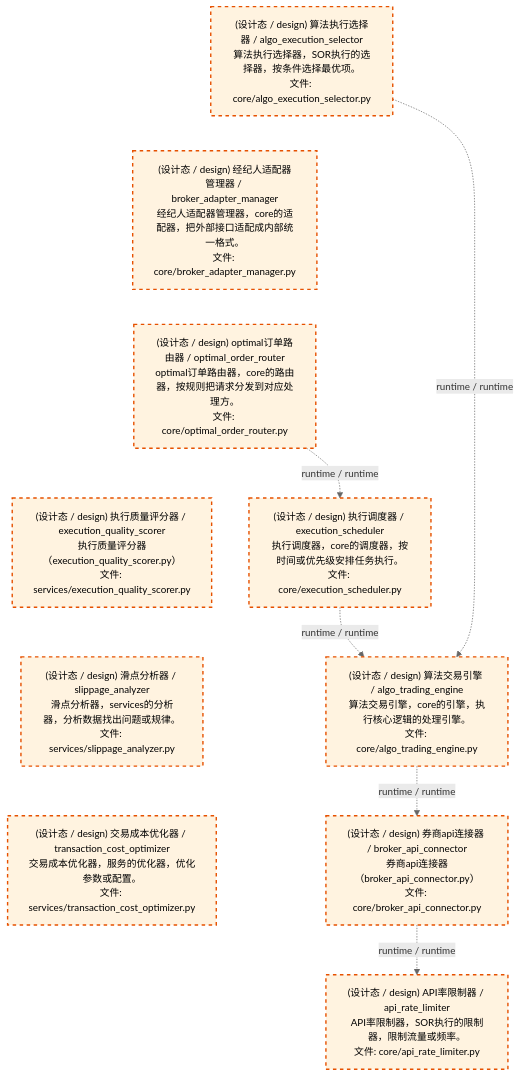
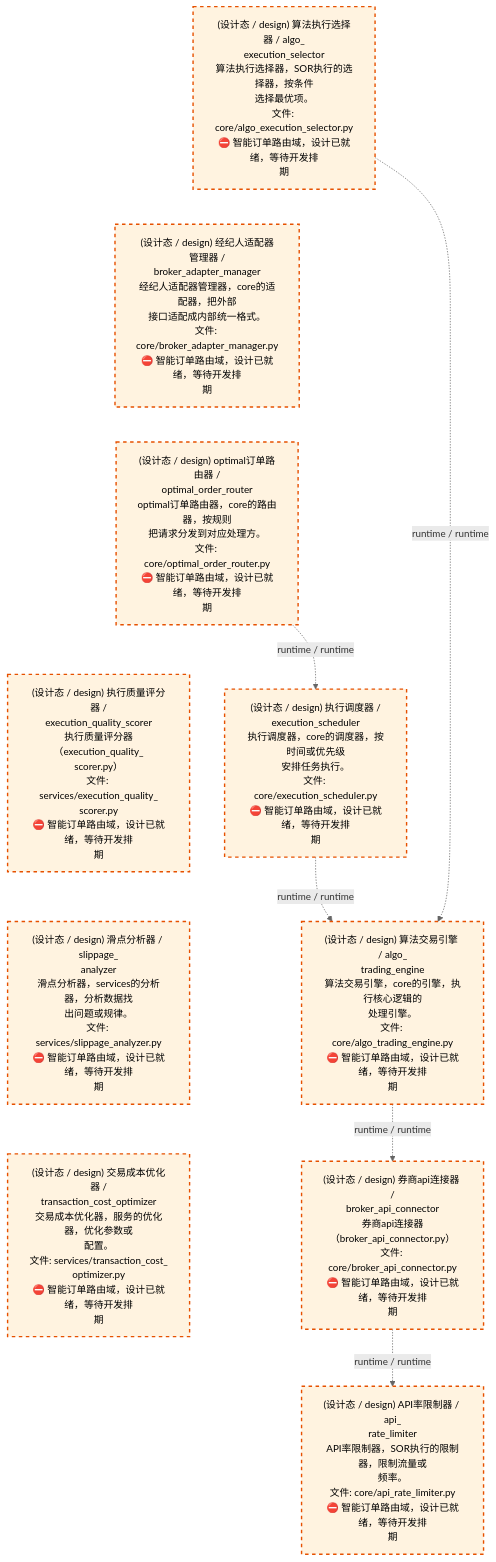
One commit to xuanFelixVan/ZephyrAlpha changed the third of 4 diagrams in docs/02_enterprise_architecture/02_domain_architecture_docs/45_d_ex_sor.md. Above: the diagram before and after it, drawn with Mermaid. The commit also changed other lines of this file and 59 other files, not shown here.

````diff
--- a/docs/02_enterprise_architecture/02_domain_architecture_docs/45_d_ex_sor.md
+++ b/docs/02_enterprise_architecture/02_domain_architecture_docs/45_d_ex_sor.md
@@ -138,29 +138,29 @@
 ```mermaid
 %%{init: {'theme': 'base', 'themeVariables': {'primaryColor': '#eaeaea', 'primaryTextColor': '#333333', 'primaryBorderColor': '#666666', 'lineColor': '#666666', 'secondaryColor': '#eaeaea', 'tertiaryColor': '#eaeaea', 'fontSize': '14px'}}}%%
 flowchart TD
-    src_zephyr_ex_sor_core_algo_execution_selector_py["(设计态 / design) 算法执行选择器 / algo_execution_selector<br/>算法执行选择器，SOR执行的选择器，按条件选择最优项。<br/>文件: core/algo_execution_selector.py"]
-    src_zephyr_ex_sor_core_broker_adapter_manager_py["(设计态 / design) 经纪人适配器管理器 / broker_adapter_manager<br/>经纪人适配器管理器，core的适配器，把外部接口适配成内部统一格式。<br/>文件: core/broker_adapter_manager.py"]
-    src_zephyr_ex_sor_core_optimal_order_router_py["(设计态 / design) optimal订单路由器 / optimal_order_router<br/>optimal订单路由器，core的路由器，按规则把请求分发到对应处理方。<br/>文件: core/optimal_order_router.py"]
-    src_zephyr_ex_sor_services_execution_quality_scorer_py["(设计态 / design) 执行质量评分器 / execution_quality_scorer<br/>执行质量评分器（execution_quality_scorer.py）<br/>文件: services/execution_quality_scorer.py"]
-    src_zephyr_ex_sor_services_slippage_analyzer_py["(设计态 / design) 滑点分析器 / slippage_analyzer<br/>滑点分析器，services的分析器，分析数据找出问题或规律。<br/>文件: services/slippage_analyzer.py"]
-    src_zephyr_ex_sor_services_transaction_cost_optimizer_py["(设计态 / design) 交易成本优化器 / transaction_cost_optimizer<br/>交易成本优化器，服务的优化器，优化参数或配置。<br/>文件: services/transaction_cost_optimizer.py"]
+    src_zephyr_ex_sor_core_algo_execution_selector_py["(设计态 / design) 算法执行选择器 / algo_<br/>execution_selector<br/>算法执行选择器，SOR执行的选择器，按条件<br/>选择最优项。<br/>文件: core/algo_execution_selector.py<br/>⛔ 智能订单路由域，设计已就绪，等待开发排<br/>期"]
+    src_zephyr_ex_sor_core_broker_adapter_manager_py["(设计态 / design) 经纪人适配器管理器 /<br/>broker_adapter_manager<br/>经纪人适配器管理器，core的适配器，把外部<br/>接口适配成内部统一格式。<br/>文件: core/broker_adapter_manager.py<br/>⛔ 智能订单路由域，设计已就绪，等待开发排<br/>期"]
+    src_zephyr_ex_sor_core_optimal_order_router_py["(设计态 / design) optimal订单路由器 /<br/>optimal_order_router<br/>optimal订单路由器，core的路由器，按规则<br/>把请求分发到对应处理方。<br/>文件: core/optimal_order_router.py<br/>⛔ 智能订单路由域，设计已就绪，等待开发排<br/>期"]
+    src_zephyr_ex_sor_services_execution_quality_scorer_py["(设计态 / design) 执行质量评分器 /<br/>execution_quality_scorer<br/>执行质量评分器（execution_quality_<br/>scorer.py）<br/>文件: services/execution_quality_<br/>scorer.py<br/>⛔ 智能订单路由域，设计已就绪，等待开发排<br/>期"]
+    src_zephyr_ex_sor_services_slippage_analyzer_py["(设计态 / design) 滑点分析器 / slippage_<br/>analyzer<br/>滑点分析器，services的分析器，分析数据找<br/>出问题或规律。<br/>文件: services/slippage_analyzer.py<br/>⛔ 智能订单路由域，设计已就绪，等待开发排<br/>期"]
+    src_zephyr_ex_sor_services_transaction_cost_optimizer_py["(设计态 / design) 交易成本优化器 /<br/>transaction_cost_optimizer<br/>交易成本优化器，服务的优化器，优化参数或<br/>配置。<br/>文件: services/transaction_cost_<br/>optimizer.py<br/>⛔ 智能订单路由域，设计已就绪，等待开发排<br/>期"]
     src_zephyr_ex_sor_core_algo_execution_selector_py ~~~ src_zephyr_ex_sor_core_broker_adapter_manager_py
     src_zephyr_ex_sor_core_broker_adapter_manager_py ~~~ src_zephyr_ex_sor_core_optimal_order_router_py
     src_zephyr_ex_sor_core_optimal_order_router_py ~~~ src_zephyr_ex_sor_services_execution_quality_scorer_py
     src_zephyr_ex_sor_services_execution_quality_scorer_py ~~~ src_zephyr_ex_sor_services_slippage_analyzer_py
     src_zephyr_ex_sor_services_slippage_analyzer_py ~~~ src_zephyr_ex_sor_services_transaction_cost_optimizer_py
-    src_zephyr_ex_sor_core_execution_scheduler_py["(设计态 / design) 执行调度器 / execution_scheduler<br/>执行调度器，core的调度器，按时间或优先级安排任务执行。<br/>文件: core/execution_scheduler.py"]
-    src_zephyr_ex_sor_core_algo_trading_engine_py["(设计态 / design) 算法交易引擎 / algo_trading_engine<br/>算法交易引擎，core的引擎，执行核心逻辑的处理引擎。<br/>文件: core/algo_trading_engine.py"]
-    src_zephyr_ex_sor_core_broker_api_connector_py["(设计态 / design) 券商api连接器 / broker_api_connector<br/>券商api连接器（broker_api_connector.py）<br/>文件: core/broker_api_connector.py"]
-    src_zephyr_ex_sor_core_api_rate_limiter_py["(设计态 / design) API率限制器 / api_rate_limiter<br/>API率限制器，SOR执行的限制器，限制流量或频率。<br/>文件: core/api_rate_limiter.py"]
+    src_zephyr_ex_sor_core_execution_scheduler_py["(设计态 / design) 执行调度器 /<br/>execution_scheduler<br/>执行调度器，core的调度器，按时间或优先级<br/>安排任务执行。<br/>文件: core/execution_scheduler.py<br/>⛔ 智能订单路由域，设计已就绪，等待开发排<br/>期"]
+    src_zephyr_ex_sor_core_algo_trading_engine_py["(设计态 / design) 算法交易引擎 / algo_<br/>trading_engine<br/>算法交易引擎，core的引擎，执行核心逻辑的<br/>处理引擎。<br/>文件: core/algo_trading_engine.py<br/>⛔ 智能订单路由域，设计已就绪，等待开发排<br/>期"]
+    src_zephyr_ex_sor_core_broker_api_connector_py["(设计态 / design) 券商api连接器 /<br/>broker_api_connector<br/>券商api连接器（broker_api_connector.py）<br/>文件: core/broker_api_connector.py<br/>⛔ 智能订单路由域，设计已就绪，等待开发排<br/>期"]
+    src_zephyr_ex_sor_core_api_rate_limiter_py["(设计态 / design) API率限制器 / api_<br/>rate_limiter<br/>API率限制器，SOR执行的限制器，限制流量或<br/>频率。<br/>文件: core/api_rate_limiter.py<br/>⛔ 智能订单路由域，设计已就绪，等待开发排<br/>期"]
     src_zephyr_ex_sor_core_optimal_order_router_py -.->|runtime / runtime| src_zephyr_ex_sor_core_execution_scheduler_py
     src_zephyr_ex_sor_core_execution_scheduler_py -.->|runtime / runtime| src_zephyr_ex_sor_core_algo_trading_engine_py
     src_zephyr_ex_sor_core_algo_trading_engine_py -.->|runtime / runtime| src_zephyr_ex_sor_core_broker_api_connector_py
     src_zephyr_ex_sor_core_algo_execution_selector_py -.->|runtime / runtime| src_zephyr_ex_sor_core_algo_trading_engine_py
     src_zephyr_ex_sor_core_broker_api_connector_py -.->|runtime / runtime| src_zephyr_ex_sor_core_api_rate_limiter_py
     classDef production fill:#e1f5fe,stroke:#01579b,stroke-width:2px,color:#000
     classDef design fill:#fff3e0,stroke:#e65100,stroke-width:2px,color:#000,stroke-dasharray: 5 5
     classDef external_prod fill:#e8f4fd,stroke:#0277bd,stroke-width:1px,color:#000
     classDef external_design fill:#fff8e7,stroke:#ef6c00,stroke-width:1px,color:#000,stroke-dasharray: 5 5
     class src_zephyr_ex_sor_core_algo_execution_selector_py,src_zephyr_ex_sor_core_algo_trading_engine_py,src_zephyr_ex_sor_core_api_rate_limiter_py,src_zephyr_ex_sor_core_broker_adapter_manager_py,src_zephyr_ex_sor_core_broker_api_connector_py,src_zephyr_ex_sor_core_execution_scheduler_py,src_zephyr_ex_sor_core_optimal_order_router_py,src_zephyr_ex_sor_services_execution_quality_scorer_py,src_zephyr_ex_sor_services_slippage_analyzer_py,src_zephyr_ex_sor_services_transaction_cost_optimizer_py design
 ```
````
